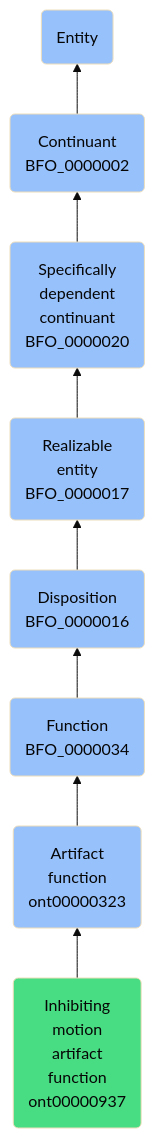
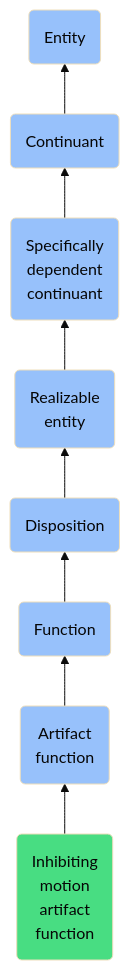
The diagram in docs/ontology/reference/model/Entity/Continuant/Specifically dependent continuant/Realizable entity/Disposition/Function/Artifact function/Inhibiting motion artifact function/Inhibiting motion artifact function.md (jupyter-naas/abi), drawn with Mermaid (base theme) before and after one commit. The commit also changed other lines of this file and 1430 other files, not shown here.

````diff
--- a/docs/ontology/reference/model/Entity/Continuant/Specifically dependent continuant/Realizable entity/Disposition/Function/Artifact function/Inhibiting motion artifact function/Inhibiting motion artifact function.md
+++ b/docs/ontology/reference/model/Entity/Continuant/Specifically dependent continuant/Realizable entity/Disposition/Function/Artifact function/Inhibiting motion artifact function/Inhibiting motion artifact function.md
@@ -24,15 +24,15 @@
 ```mermaid
 graph BT
-    ont00000937(Inhibiting<br>motion<br>artifact<br>function<br>ont00000937):::ABI-->ont00000323
-    ont00000323(Artifact<br>function<br>ont00000323):::BFO-->BFO_0000034
-    BFO_0000034(Function<br>BFO_0000034):::BFO-->BFO_0000016
-    BFO_0000016(Disposition<br>BFO_0000016):::BFO-->BFO_0000017
-    BFO_0000017(Realizable<br>entity<br>BFO_0000017):::BFO-->BFO_0000020
-    BFO_0000020(Specifically<br>dependent<br>continuant<br>BFO_0000020):::BFO-->BFO_0000002
-    BFO_0000002(Continuant<br>BFO_0000002):::BFO-->BFO_0000001
+    ont00000937(Inhibiting<br>motion<br>artifact<br>function):::ABI-->ont00000323
+    ont00000323(Artifact<br>function):::BFO-->BFO_0000034
+    BFO_0000034(Function):::BFO-->BFO_0000016
+    BFO_0000016(Disposition):::BFO-->BFO_0000017
+    BFO_0000017(Realizable<br>entity):::BFO-->BFO_0000020
+    BFO_0000020(Specifically<br>dependent<br>continuant):::BFO-->BFO_0000002
+    BFO_0000002(Continuant):::BFO-->BFO_0000001
     BFO_0000001(Entity):::BFO
     
     classDef BFO fill:#97c1fb,color:#060606
     classDef CCO fill:#e4c51e,color:#060606
     classDef ABI fill:#48DD82,color:#060606
 ```
````
